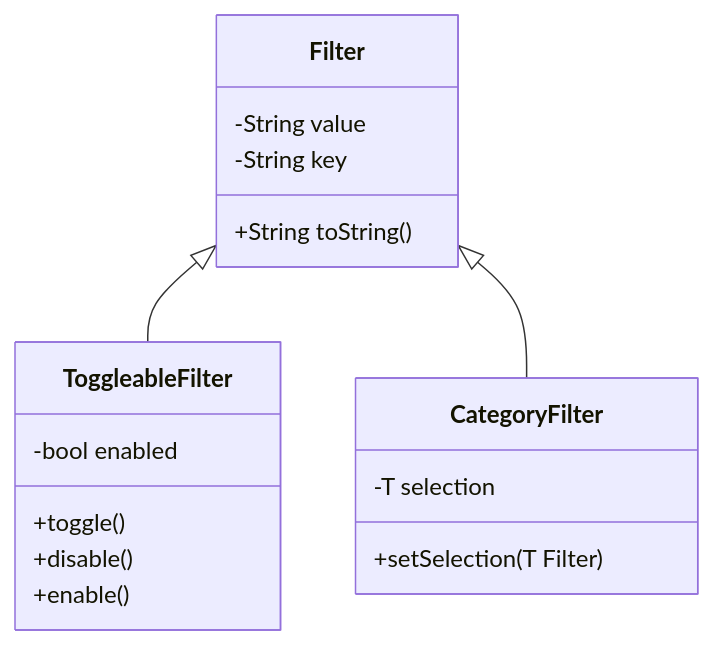
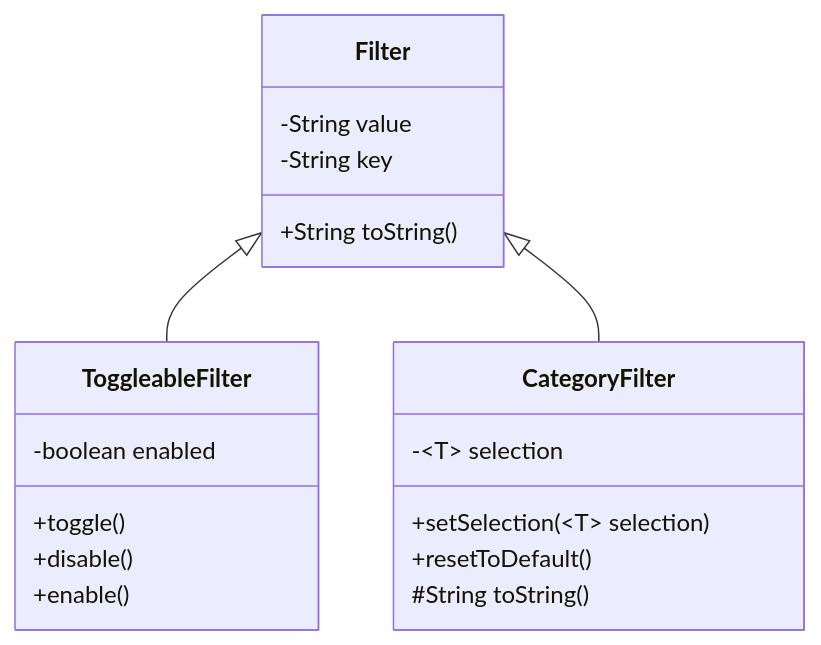
The diagram in README.md (TylerGeiger513/Copyright-Public-Records-API), drawn with Mermaid before and after one commit. The commit also changed other lines of this file, not shown here.

````diff
--- a/README.md
+++ b/README.md
@@ -5,24 +5,26 @@
 ```mermaid
 classDiagram
-      Filter <|--	ToggleableFilter
-      Filter <|--	CategoryFilter
+      Filter <|-- ToggleableFilter
+      Filter <|-- CategoryFilter
       
       class Filter {
         -String value
         -String key                    
         +String toString()                
       }
+      
       class ToggleableFilter {
-        -bool enabled
-   
+        -boolean enabled
         +toggle()
         +disable()
         +enable()
+        
       }
+      
       class CategoryFilter~T~ {
-        -T selection
-        
-        +setSelection(T Filter)
-      }
-     
+        -~T~ selection
+        +setSelection(~T~ selection)
+        +resetToDefault()
+        #String toString()
+      } 
 ```
````
